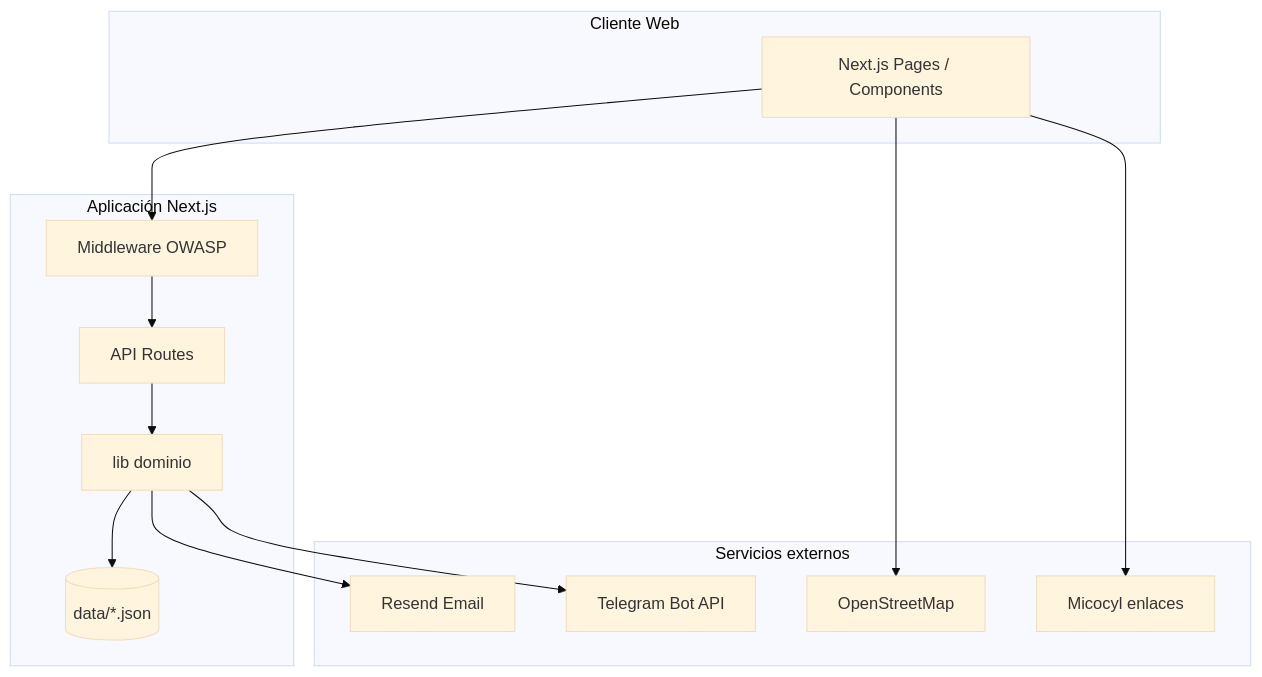
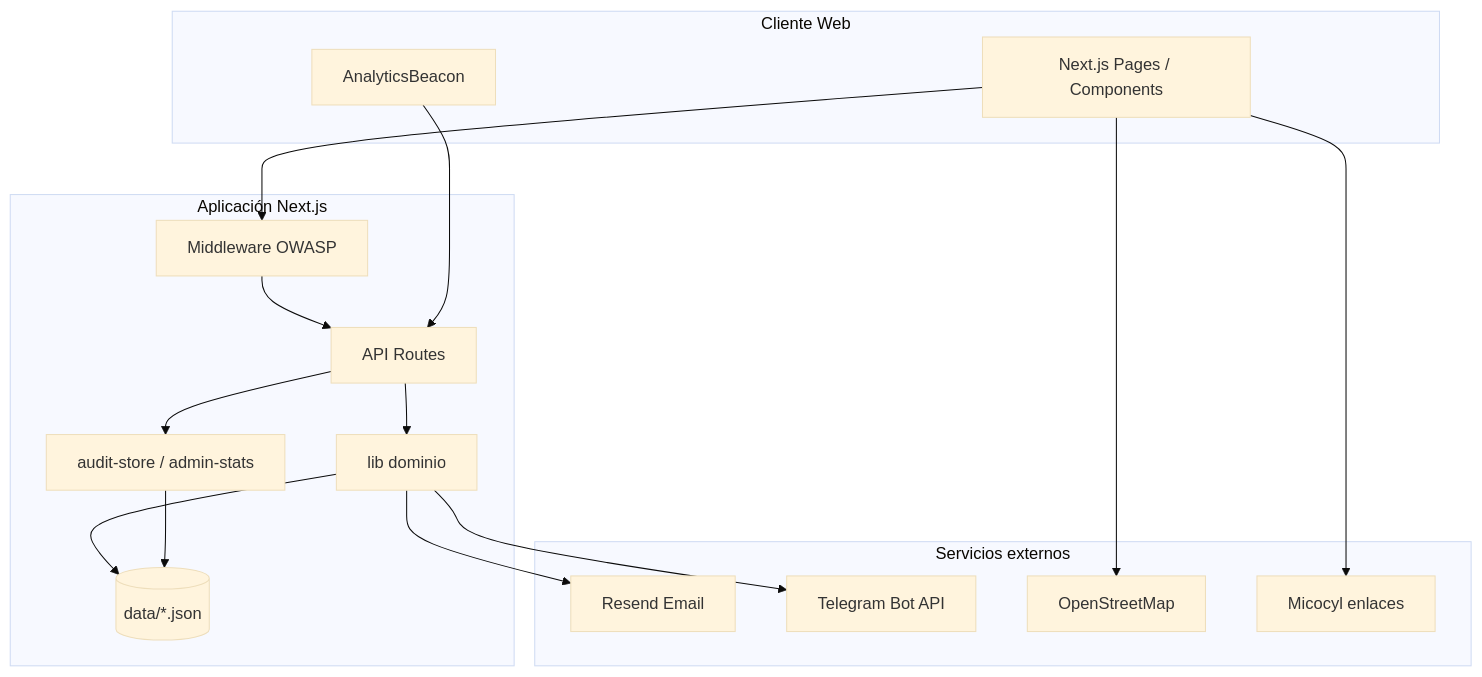
Before and after one commit to gracobjo/cotoSetas: the third of 8 diagrams in docs/uml.md, drawn with Mermaid (base theme). The commit also changed other lines of this file and 18 other files, not shown here.

````diff
--- a/docs/uml.md
+++ b/docs/uml.md
@@ -147,28 +195,33 @@
 ```mermaid
 flowchart TB
   subgraph cliente[Cliente Web]
     UI[Next.js Pages / Components]
+    Beacon[AnalyticsBeacon]
   end
 
   subgraph app[Aplicación Next.js]
     MW[Middleware OWASP]
     API[API Routes]
     LIB[lib dominio]
+    METRICS[audit-store / admin-stats]
     DATA[(data/*.json)]
   end
 
   subgraph externos[Servicios externos]
     RESEND[Resend Email]
     TG[Telegram Bot API]
     OSM[OpenStreetMap]
     MICO[Micocyl enlaces]
   end
 
   UI --> MW --> API
+  Beacon --> API
   API --> LIB
+  API --> METRICS
   LIB --> DATA
+  METRICS --> DATA
   LIB --> RESEND
   LIB --> TG
   UI --> OSM
   UI --> MICO
 ```
````
